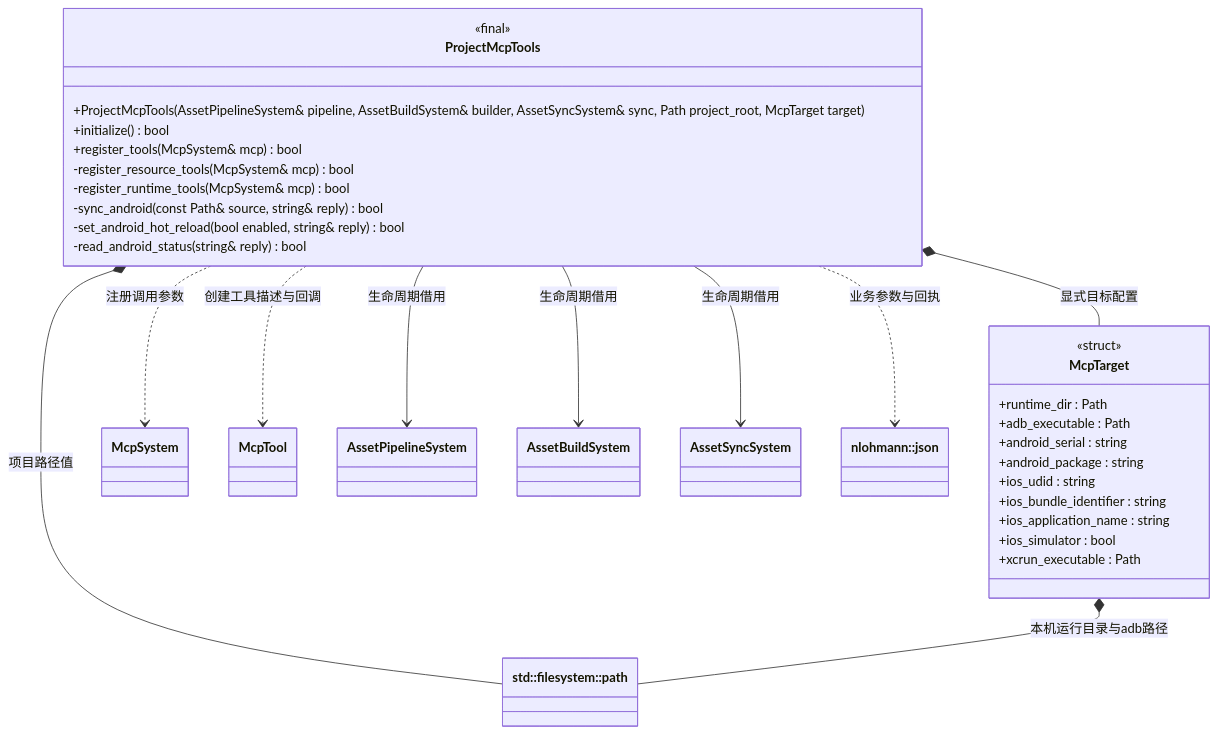
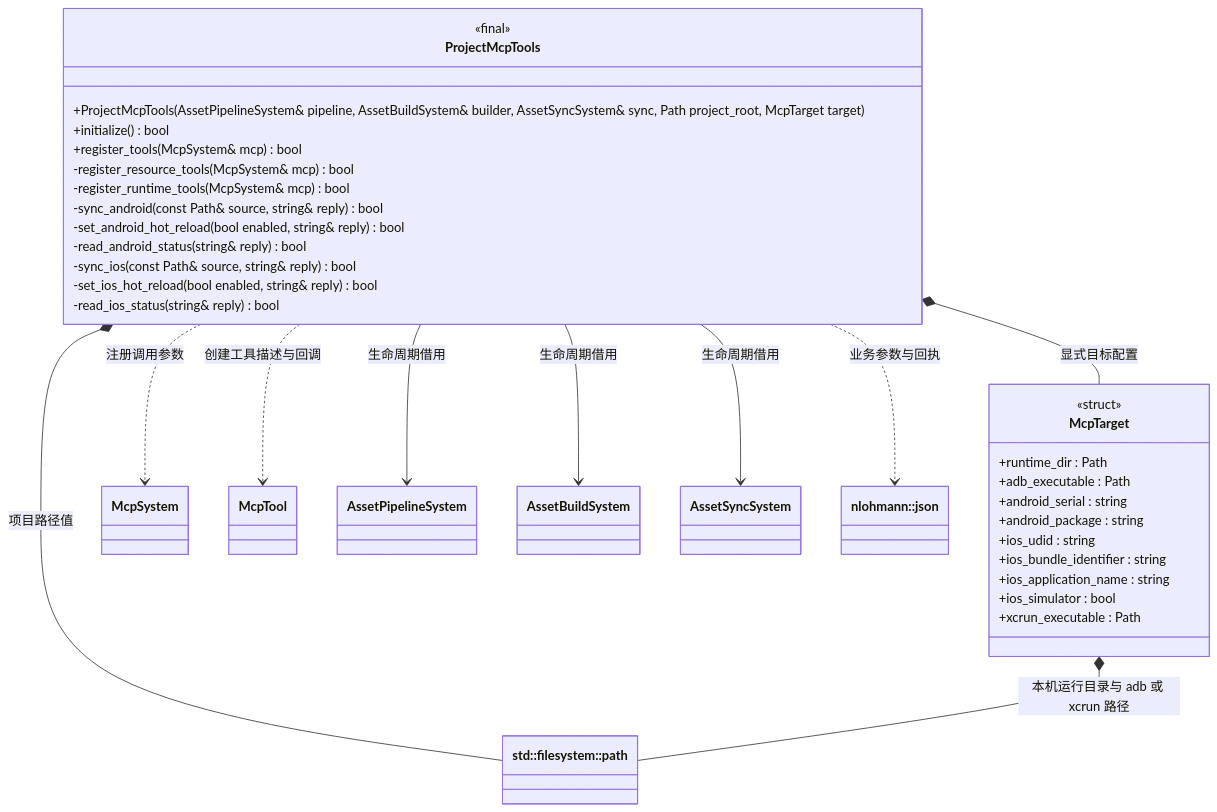
One commit to lcals/Engine changed the first of 2 diagrams in docs/plugins/editor/class-diagrams/project-mcp-tools.md. Above: the diagram before and after it, drawn with Mermaid. The commit also changed other lines of this file and 17 other files, not shown here.

````diff
--- a/docs/plugins/editor/class-diagrams/project-mcp-tools.md
+++ b/docs/plugins/editor/class-diagrams/project-mcp-tools.md
@@ -9,43 +9,46 @@
 ```mermaid
 classDiagram
     direction TB
     class ProjectMcpTools {
         <<final>>
         +ProjectMcpTools(AssetPipelineSystem& pipeline, AssetBuildSystem& builder, AssetSyncSystem& sync, Path project_root, McpTarget target)
         +initialize() bool
         +register_tools(McpSystem& mcp) bool
         -register_resource_tools(McpSystem& mcp) bool
         -register_runtime_tools(McpSystem& mcp) bool
         -sync_android(const Path& source, string& reply) bool
         -set_android_hot_reload(bool enabled, string& reply) bool
         -read_android_status(string& reply) bool
+        -sync_ios(const Path& source, string& reply) bool
+        -set_ios_hot_reload(bool enabled, string& reply) bool
+        -read_ios_status(string& reply) bool
     }
     class McpTarget {
         <<struct>>
         +runtime_dir : Path
         +adb_executable : Path
         +android_serial : string
         +android_package : string
         +ios_udid : string
         +ios_bundle_identifier : string
         +ios_application_name : string
         +ios_simulator : bool
         +xcrun_executable : Path
     }
     class McpSystem
     class McpTool
     class AssetPipelineSystem
     class AssetBuildSystem
     class AssetSyncSystem
     class Path["std::filesystem::path"]
     class Json["nlohmann::json"]
     ProjectMcpTools *-- McpTarget : 显式目标配置
     ProjectMcpTools *-- Path : 项目路径值
     ProjectMcpTools --> AssetPipelineSystem : 生命周期借用
     ProjectMcpTools --> AssetBuildSystem : 生命周期借用
     ProjectMcpTools --> AssetSyncSystem : 生命周期借用
     ProjectMcpTools ..> McpSystem : 注册调用参数
     ProjectMcpTools ..> McpTool : 创建工具描述与回调
     ProjectMcpTools ..> Json : 业务参数与回执
-    McpTarget *-- Path : 本机运行目录与adb路径
+    McpTarget *-- Path : 本机运行目录与 adb 或 xcrun 路径
 ```
````
